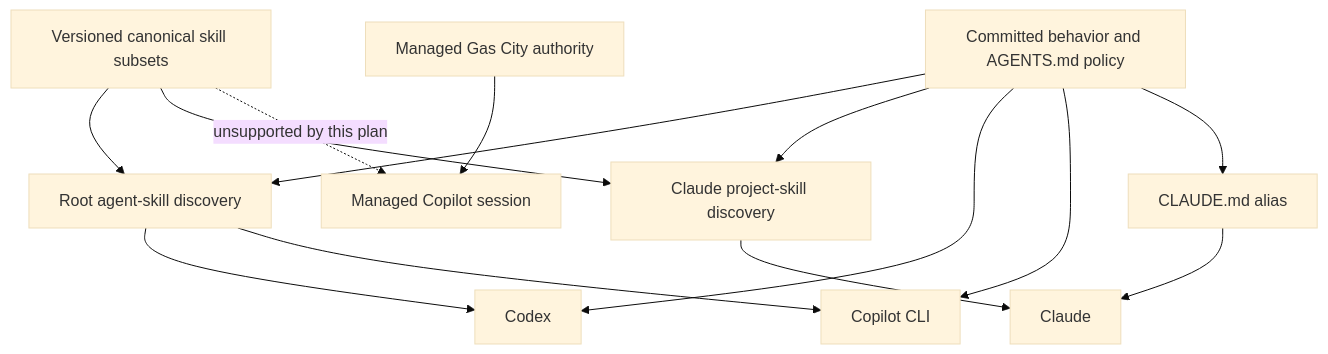
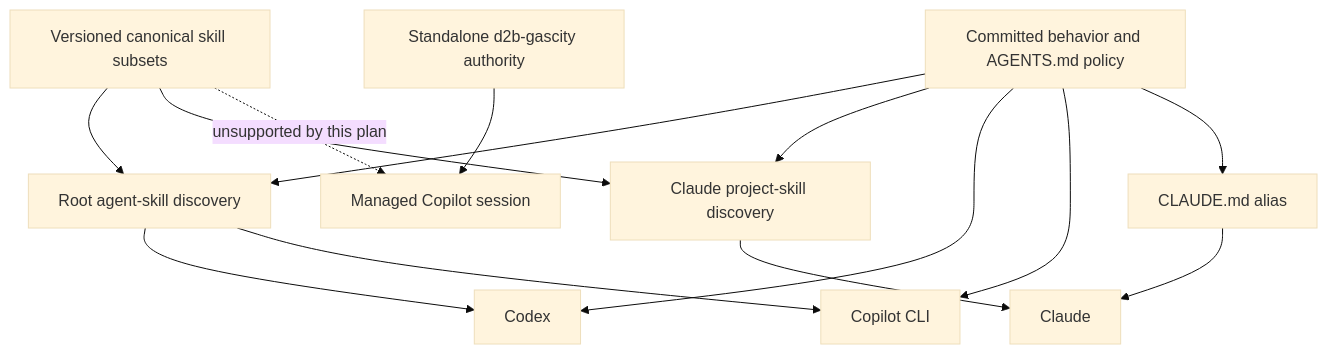
One commit to vicondoa/d2b changed the first of 2 diagrams in docs/plans/2026-08-14-002-chore-unified-contributor-agent-workflow-plan.md. Above: the diagram before and after it, drawn with Mermaid (base theme). The commit also changed other lines of this file and 90 other files, not shown here.

Commit message:
chore(repo): remove in-repo Gas City infrastructure

````diff
--- a/docs/plans/2026-08-14-002-chore-unified-contributor-agent-workflow-plan.md
+++ b/docs/plans/2026-08-14-002-chore-unified-contributor-agent-workflow-plan.md
@@ -176,16 +183,16 @@
 ```mermaid
 flowchart TB
   Vendor[Versioned canonical skill subsets] --> Shared[Root agent-skill discovery]
   Vendor --> ClaudeSkills[Claude project-skill discovery]
   Shared --> Codex[Codex]
   Shared --> Copilot[Copilot CLI]
   ClaudeSkills --> Claude[Claude]
   Policy[Committed behavior and AGENTS.md policy] --> Shared
   Policy --> ClaudeSkills
   Policy --> Codex
   Policy --> Copilot
   Policy --> ClaudeAlias[CLAUDE.md alias]
   ClaudeAlias --> Claude
-  GasCity[Managed Gas City authority] --> Managed[Managed Copilot session]
+  GasCity[Standalone d2b-gascity authority] --> Managed[Managed Copilot session]
   Vendor -. unsupported by this plan .-> Managed
 ```
````
